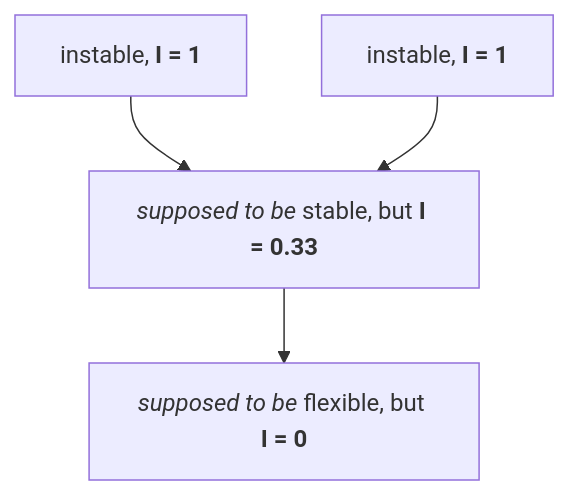
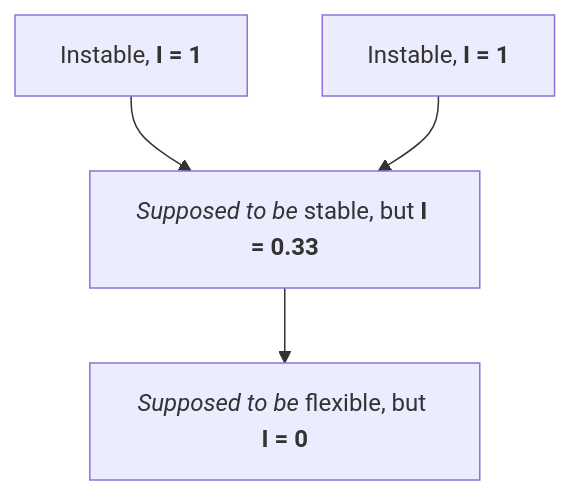
One commit to aleksandr-kiliushin/learning changed the sixth of 6 diagrams in summaries/clean-architecture/index.md. Above: the diagram before and after it, drawn with Mermaid. The commit also changed other lines of this file, not shown here.

Commit message:
clean architecture: edit ### CHAPTER 14. COMPONENT COUPLING

````diff
--- a/summaries/clean-architecture/index.md
+++ b/summaries/clean-architecture/index.md
@@ -859,11 +857,11 @@
 ```mermaid
 graph TD
-  ComponentA[instable, <b>I = 1</b>]
-  ComponentB[instable, <b>I = 1</b>]
-  ComponentC[<i>supposed to be</i> stable, but <b>I = 0.33</b>]
-  ComponentD[<i>supposed to be</i> flexible, but <b>I = 0</b>]
+  ComponentA[Instable, <b>I = 1</b>]
+  ComponentB[Instable, <b>I = 1</b>]
+  ComponentC[<i>Supposed to be</i> stable, but <b>I = 0.33</b>]
+  ComponentD[<i>Supposed to be</i> flexible, but <b>I = 0</b>]
 
   ComponentA-->ComponentC
   ComponentB-->ComponentC
   ComponentC-->ComponentD
 ```
````
